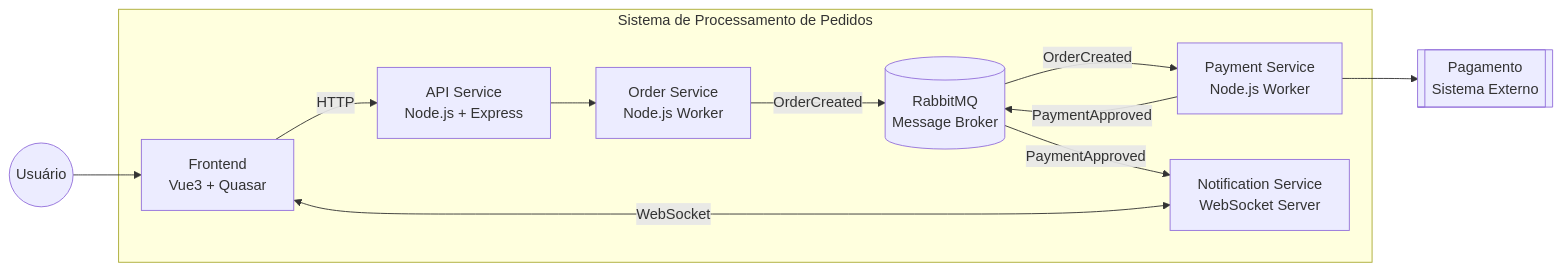
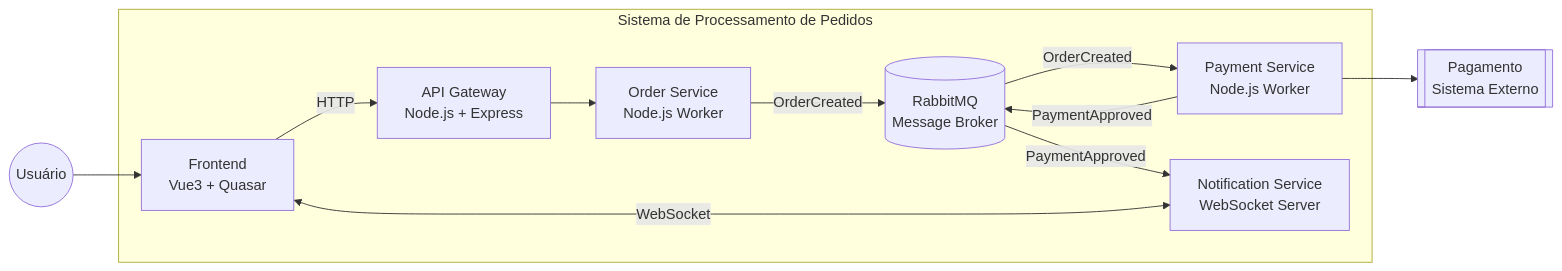
The diagram in docs/architecture/c4-container.md (victorgianvechio/microservices-demo), drawn with Mermaid before and after one commit. The commit also changed 6 other files, not shown here.

````diff
--- a/docs/architecture/c4-container.md
+++ b/docs/architecture/c4-container.md
@@ -5,39 +5,39 @@
 ```mermaid
 flowchart LR
 
 User((Usuário))
 
 PaymentExt[[Pagamento<br>Sistema Externo]]
 
 subgraph Sistema de Processamento de Pedidos
 
 Frontend[Frontend<br>Vue3 + Quasar]
 
-APISvc[API Service<br>Node.js + Express]
+APIGateway[API Gateway<br>Node.js + Express]
 
 OrderSvc[Order Service<br>Node.js Worker]
 
 Rabbit[(RabbitMQ<br>Message Broker)]
 
 PaymentSvc[Payment Service<br>Node.js Worker]
 
 NotificationSvc[Notification Service<br>WebSocket Server]
 
 end
 
 User --> Frontend
 
-Frontend -->|HTTP| APISvc
+Frontend -->|HTTP| APIGateway
 
-APISvc --> OrderSvc
+APIGateway --> OrderSvc
 
 OrderSvc -->|OrderCreated| Rabbit
 PaymentSvc -->|PaymentApproved| Rabbit
 
 Rabbit -->|OrderCreated| PaymentSvc
 Rabbit -->|PaymentApproved| NotificationSvc
 
 Frontend <-->|WebSocket| NotificationSvc
 
 PaymentSvc --> PaymentExt
 ```
````
